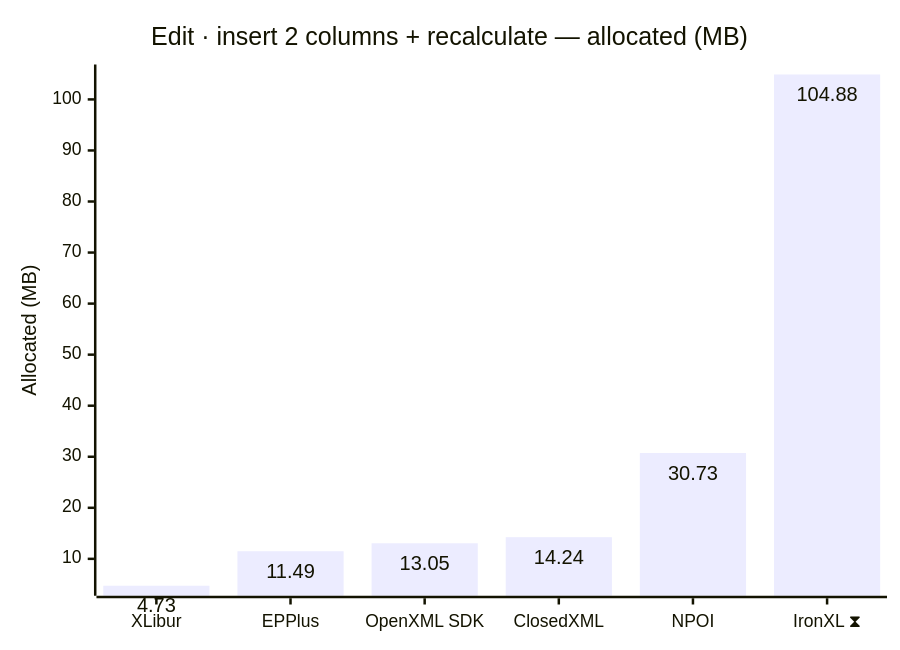
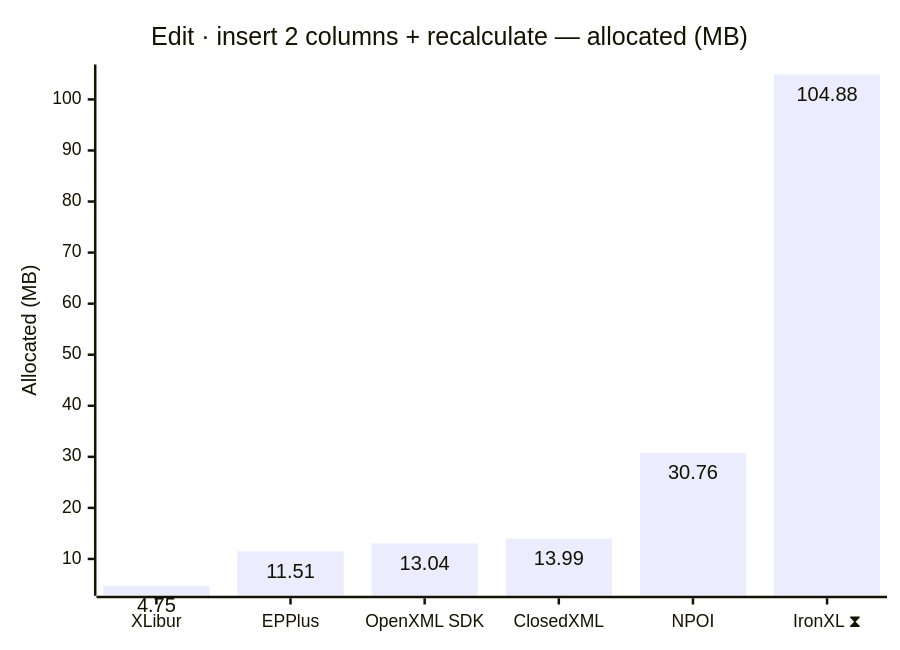
Before and after one commit to jafin/XLBench: diagram 12 of 12 in docs/results-ci.md, drawn with Mermaid. The commit also changed other lines of this file, not shown here.

````diff
--- a/docs/results-ci.md
+++ b/docs/results-ci.md
@@ -184,12 +184,12 @@
 ```mermaid
 ---
 config:
   xyChart:
     showDataLabel: true
 ---
 xychart-beta
     title "Edit · insert 2 columns + recalculate — allocated (MB)"
     x-axis ["XLibur", "EPPlus", "OpenXML SDK", "ClosedXML", "NPOI", "IronXL ⧗"]
     y-axis "Allocated (MB)"
-    bar [4.73, 11.49, 13.05, 14.24, 30.73, 104.88]
+    bar [4.75, 11.51, 13.04, 13.99, 30.76, 104.88]
 ```
````
